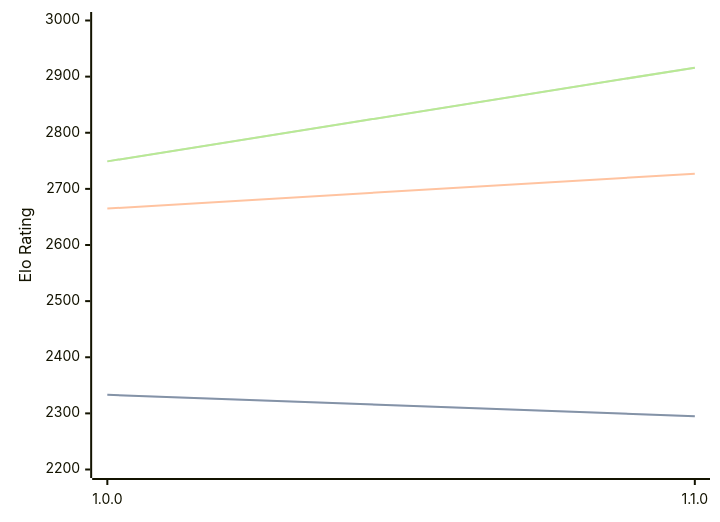
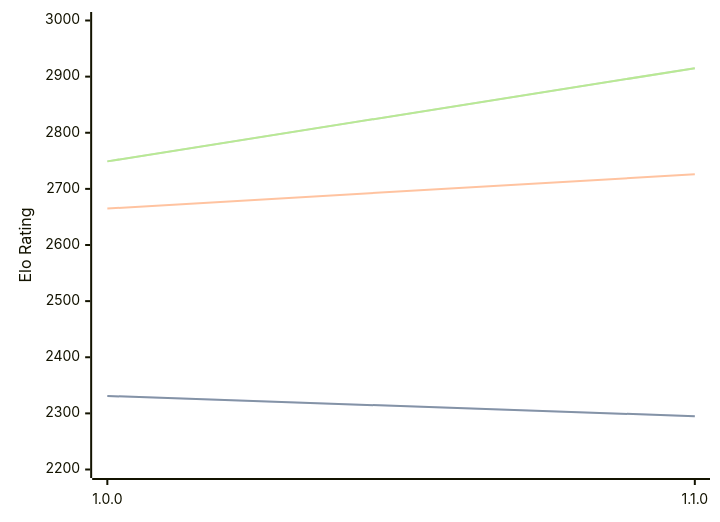
One commit to computer-chess-index/cci changed the diagram in engines/ShallowGuess.md. Above: the diagram before and after it, drawn with Mermaid. The commit also changed other lines of this file, not shown here.

Commit message:
Update CCI Ratings (ELO VLTC) - 2026-10-01

````diff
--- a/engines/ShallowGuess.md
+++ b/engines/ShallowGuess.md
@@ -32,11 +32,11 @@
 ```mermaid
 %%{init: {"theme":"base","themeVariables":{"seriesColors:['#a3a3a3','#222221','#faa371']}}}%%
 xychart-beta
   x-axis ["1.0.0", "1.1.0"]
   y-axis "Elo Rating" 2200 --> 3000
-  line "" [2333, 2295]
-  line "STC (8.0+0.08s)" [2333, 2295]
-  line "LTC (60.0+0.60s)" [2665, 2727]
-  line "" [2749, 2916]
-  line "VLTC (2m24s+1.12s)" [2749, 2916]
+  line "" [2331, 2295]
+  line "STC (8.0+0.08s)" [2331, 2295]
+  line "LTC (60.0+0.60s)" [2665, 2726]
+  line "" [2749, 2915]
+  line "VLTC (2m24s+1.12s)" [2749, 2915]
 ```
````
